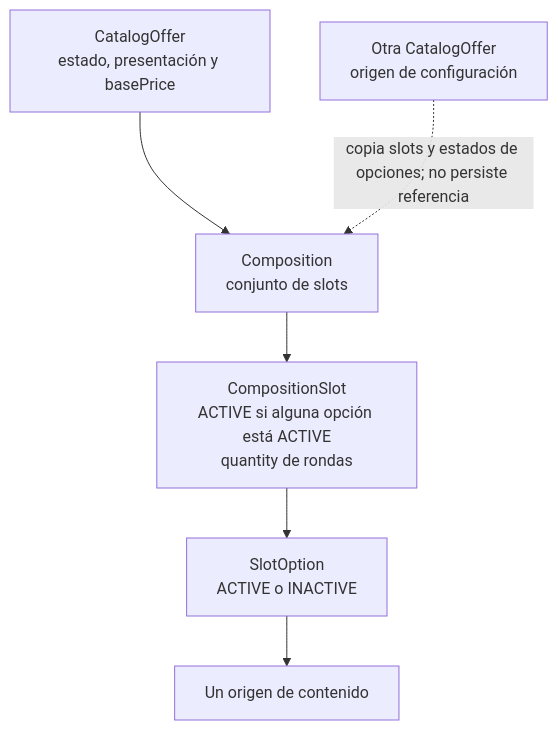
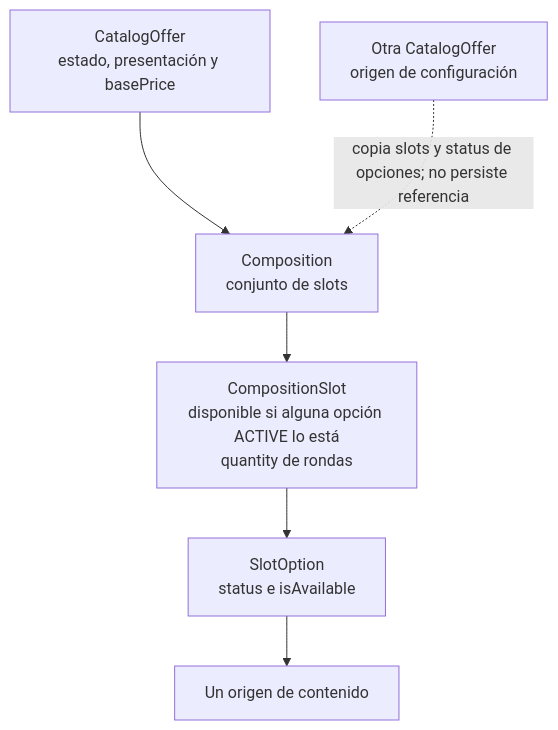
One commit to FMAT-Restaurant/Menu-Documentation changed the second of 2 diagrams in docs/ers/context.md. Above: the diagram before and after it, drawn with Mermaid. The commit also changed other lines of this file and 10 other files, not shown here.

````diff
--- a/docs/ers/context.md
+++ b/docs/ers/context.md
@@ -99,8 +102,8 @@
 ```mermaid
 flowchart TD
     Offer["CatalogOffer<br/>estado, presentación y basePrice"] --> Composition["Composition<br/>conjunto de slots"]
-    Composition --> Slot["CompositionSlot<br/>ACTIVE si alguna opción está ACTIVE<br/>quantity de rondas"]
-    Slot --> SlotOption["SlotOption<br/>ACTIVE o INACTIVE"]
+    Composition --> Slot["CompositionSlot<br/>disponible si alguna opción ACTIVE lo está<br/>quantity de rondas"]
+    Slot --> SlotOption["SlotOption<br/>status e isAvailable"]
     SlotOption --> Source["Un origen de contenido"]
-    TemplateOffer["Otra CatalogOffer<br/>origen de configuración"] -. "copia slots y estados de opciones; no persiste referencia" .-> Composition
+    TemplateOffer["Otra CatalogOffer<br/>origen de configuración"] -. "copia slots y status de opciones; no persiste referencia" .-> Composition
 ```
````
